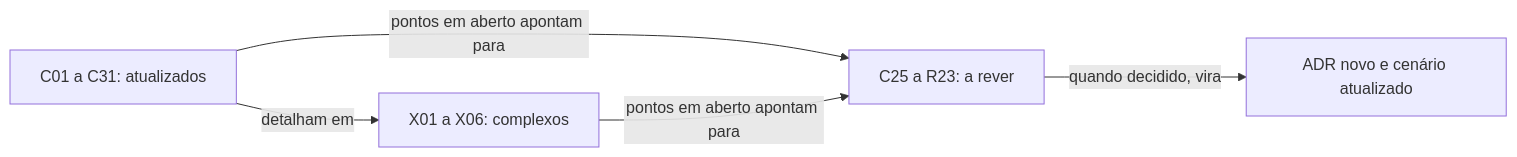
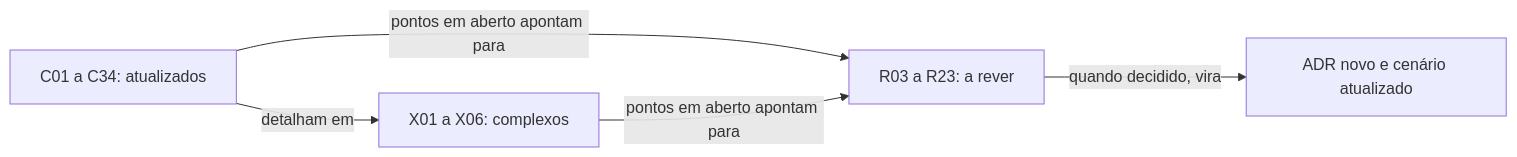
The diagram in 02_cenarios/INDEX.md (brbarmex/k), drawn with Mermaid before and after one commit. The commit also changed other lines of this file and 139 other files, not shown here.

````diff
--- a/02_cenarios/INDEX.md
+++ b/02_cenarios/INDEX.md
@@ -81,7 +84,7 @@
 ```mermaid
 flowchart LR
-    C["C01 a C31: atualizados"] -->|"detalham em"| X["X01 a X06: complexos"]
-    C -->|"pontos em aberto apontam para"| R["C25 a R23: a rever"]
+    C["C01 a C34: atualizados"] -->|"detalham em"| X["X01 a X06: complexos"]
+    C -->|"pontos em aberto apontam para"| R["R03 a R23: a rever"]
     X -->|"pontos em aberto apontam para"| R
     R -->|"quando decidido, vira"| A["ADR novo e cenário atualizado"]
 ```
````
